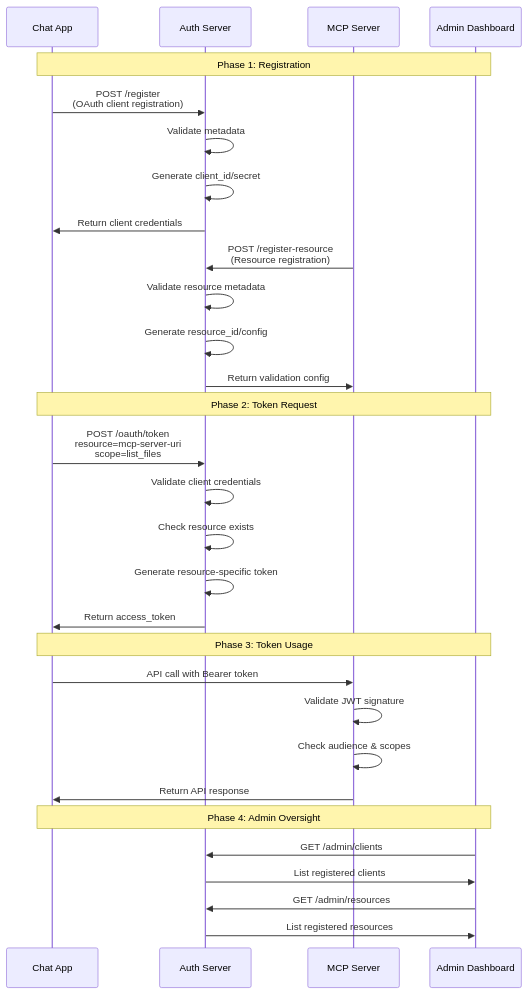
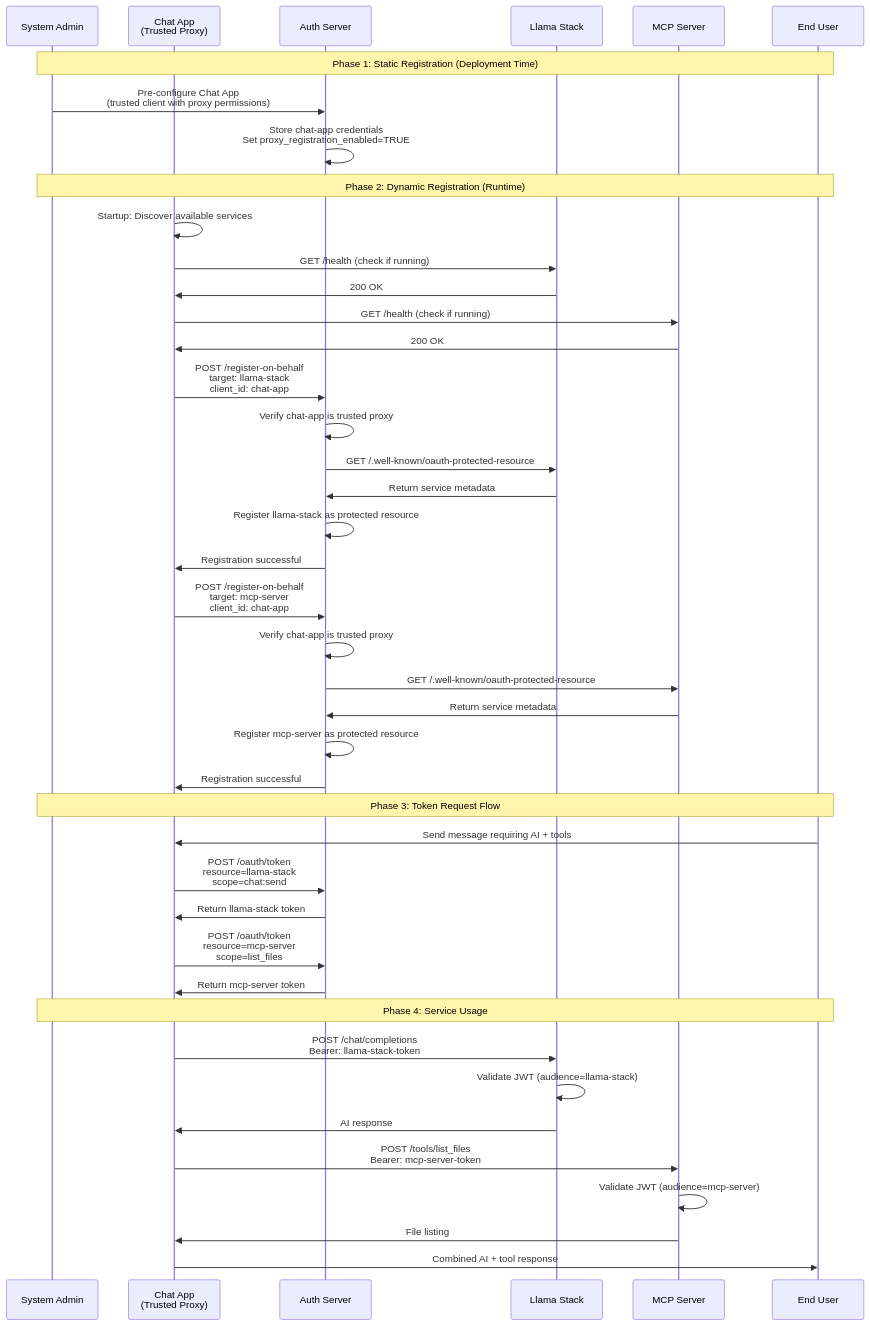
One commit to gallettilance/agentic-auth changed the diagram in DYNAMIC_REGISTRATION_REQUIREMENTS.md. Above: the diagram before and after it, drawn with Mermaid. The commit also changed other lines of this file and 1 other file, not shown here.

````diff
--- a/DYNAMIC_REGISTRATION_REQUIREMENTS.md
+++ b/DYNAMIC_REGISTRATION_REQUIREMENTS.md
@@ -122,37 +98,53 @@
 ```mermaid
 sequenceDiagram
-    participant ChatApp as Chat App
+    participant Admin as System Admin
+    participant ChatApp as Chat App<br/>(Trusted Proxy)
     participant AuthServer as Auth Server
+    participant LlamaStack as Llama Stack
     participant MCPServer as MCP Server
-    participant Admin as Admin Dashboard
+    participant User as End User
     
-    Note over ChatApp, Admin: Phase 1: Registration
-    ChatApp->>AuthServer: POST /register<br/>(OAuth client registration)
-    AuthServer->>AuthServer: Validate metadata
-    AuthServer->>AuthServer: Generate client_id/secret
-    AuthServer->>ChatApp: Return client credentials
+    Note over Admin, User: Phase 1: Static Registration (Deployment Time)
+    Admin->>AuthServer: Pre-configure Chat App<br/>(trusted client with proxy permissions)
+    AuthServer->>AuthServer: Store chat-app credentials<br/>Set proxy_registration_enabled=TRUE
     
-    MCPServer->>AuthServer: POST /register-resource<br/>(Resource registration)
-    AuthServer->>AuthServer: Validate resource metadata
-    AuthServer->>AuthServer: Generate resource_id/config
-    AuthServer->>MCPServer: Return validation config
+    Note over Admin, User: Phase 2: Dynamic Registration (Runtime)
+    ChatApp->>ChatApp: Startup: Discover available services
+    ChatApp->>LlamaStack: GET /health (check if running)
+    LlamaStack->>ChatApp: 200 OK
+    ChatApp->>MCPServer: GET /health (check if running)
+    MCPServer->>ChatApp: 200 OK
     
-    Note over ChatApp, Admin: Phase 2: Token Request
-    ChatApp->>AuthServer: POST /oauth/token<br/>resource=mcp-server-uri<br/>scope=list_files
-    AuthServer->>AuthServer: Validate client credentials
-    AuthServer->>AuthServer: Check resource exists
-    AuthServer->>AuthServer: Generate resource-specific token
-    AuthServer->>ChatApp: Return access_token
+    ChatApp->>AuthServer: POST /register-on-behalf<br/>target: llama-stack<br/>client_id: chat-app
+    AuthServer->>AuthServer: Verify chat-app is trusted proxy
+    AuthServer->>LlamaStack: GET /.well-known/oauth-protected-resource
+    LlamaStack->>AuthServer: Return service metadata
+    AuthServer->>AuthServer: Register llama-stack as protected resource
+    AuthServer->>ChatApp: Registration successful
     
-    Note over ChatApp, Admin: Phase 3: Token Usage
-    ChatApp->>MCPServer: API call with Bearer token
-    MCPServer->>MCPServer: Validate JWT signature
-    MCPServer->>MCPServer: Check audience & scopes
-    MCPServer->>ChatApp: Return API response
+    ChatApp->>AuthServer: POST /register-on-behalf<br/>target: mcp-server<br/>client_id: chat-app
+    AuthServer->>AuthServer: Verify chat-app is trusted proxy
+    AuthServer->>MCPServer: GET /.well-known/oauth-protected-resource
+    MCPServer->>AuthServer: Return service metadata
+    AuthServer->>AuthServer: Register mcp-server as protected resource
+    AuthServer->>ChatApp: Registration successful
     
-    Note over ChatApp, Admin: Phase 4: Admin Oversight
-    Admin->>AuthServer: GET /admin/clients
-    AuthServer->>Admin: List registered clients
-    Admin->>AuthServer: GET /admin/resources
-    AuthServer->>Admin: List registered resources
+    Note over Admin, User: Phase 3: Token Request Flow
+    User->>ChatApp: Send message requiring AI + tools
+    ChatApp->>AuthServer: POST /oauth/token<br/>resource=llama-stack<br/>scope=chat:send
+    AuthServer->>ChatApp: Return llama-stack token
+    
+    ChatApp->>AuthServer: POST /oauth/token<br/>resource=mcp-server<br/>scope=list_files
+    AuthServer->>ChatApp: Return mcp-server token
+    
+    Note over Admin, User: Phase 4: Service Usage
+    ChatApp->>LlamaStack: POST /chat/completions<br/>Bearer: llama-stack-token
+    LlamaStack->>LlamaStack: Validate JWT (audience=llama-stack)
+    LlamaStack->>ChatApp: AI response
+    
+    ChatApp->>MCPServer: POST /tools/list_files<br/>Bearer: mcp-server-token
+    MCPServer->>MCPServer: Validate JWT (audience=mcp-server)
+    MCPServer->>ChatApp: File listing
+    
+    ChatApp->>User: Combined AI + tool response
 ```
````
